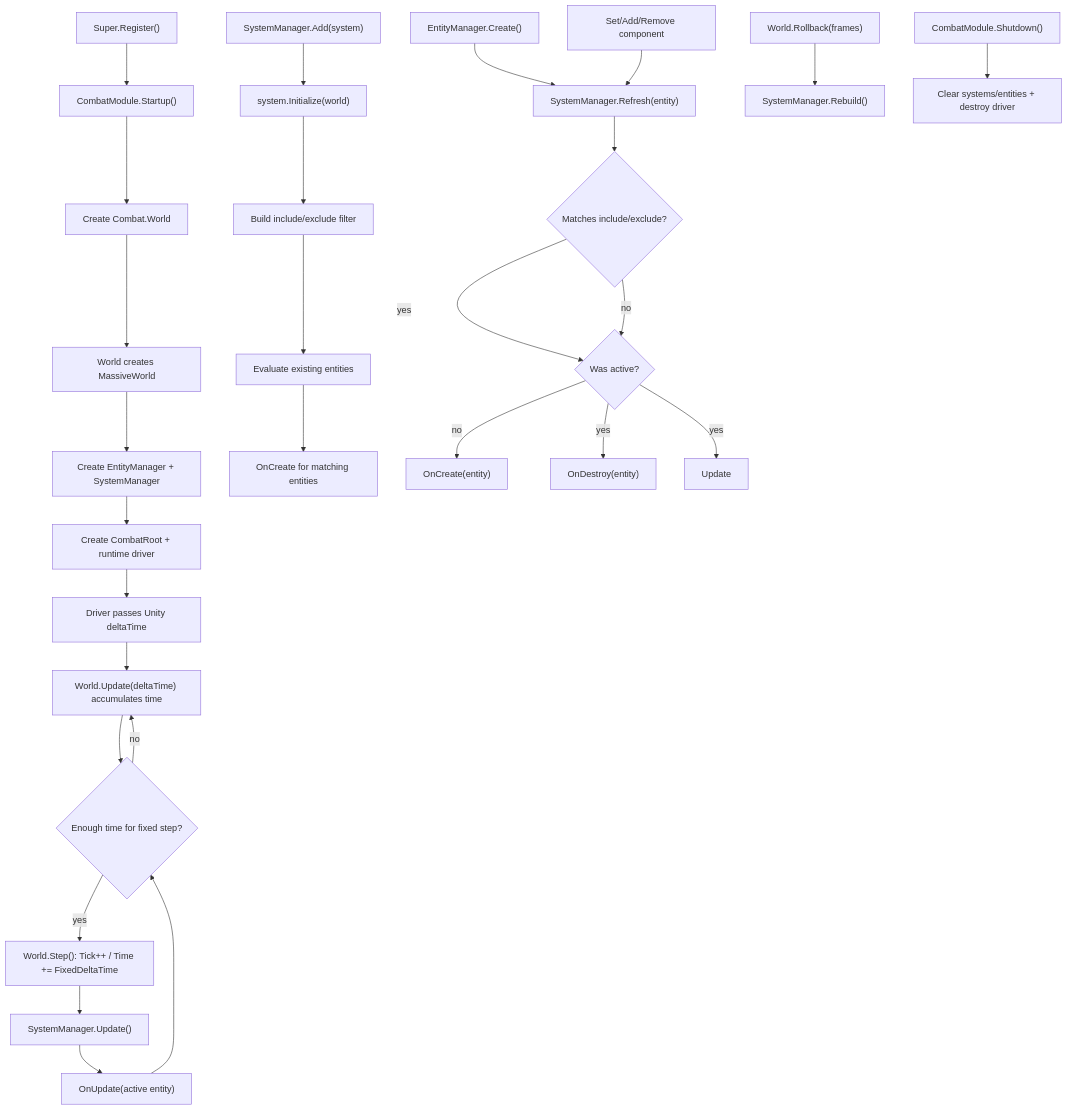
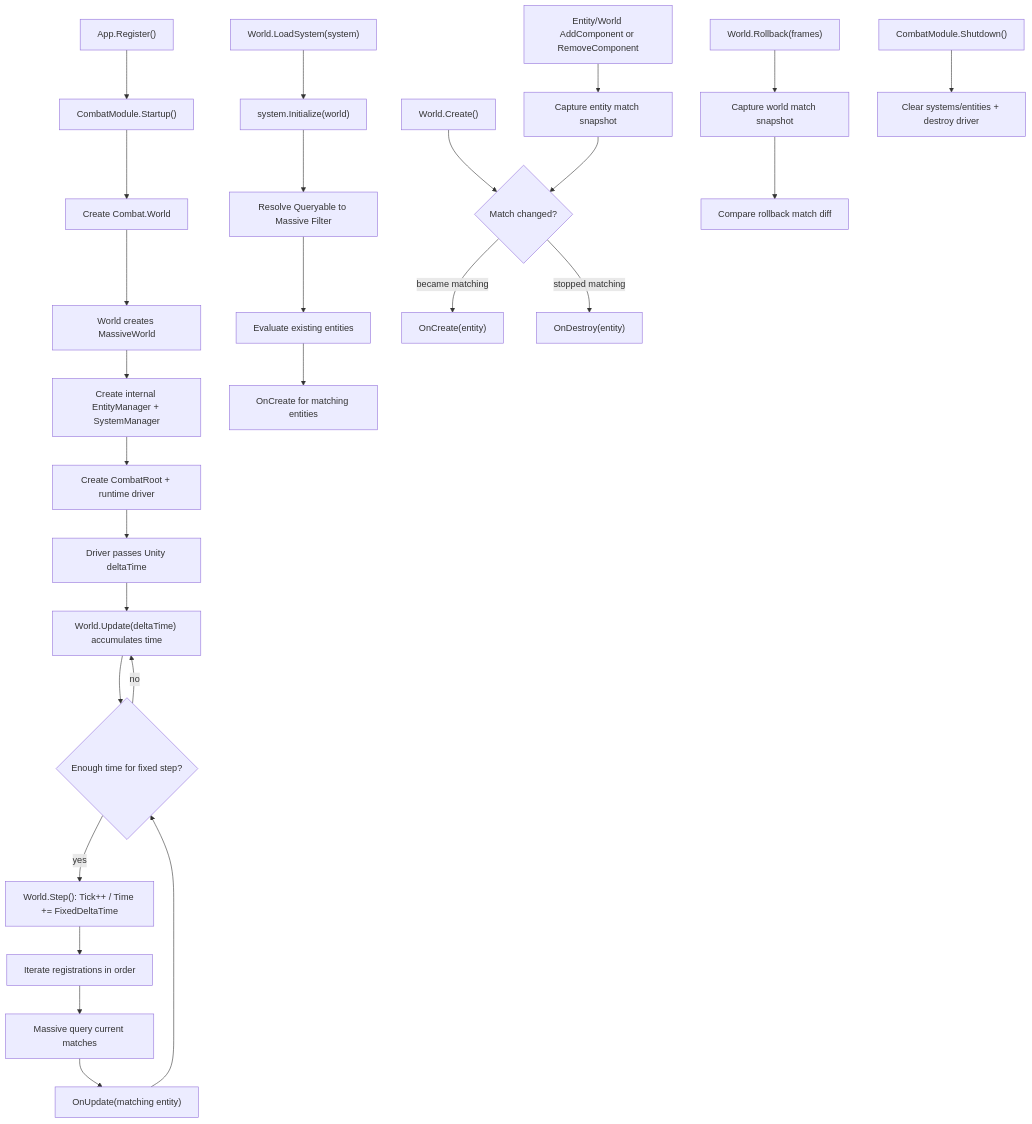
The diagram in .codestable/features/2026-06-04-combat-module/combat-module-design.md (zy-game/GameDeveloperKit), drawn with Mermaid before and after one commit. The commit also changed other lines of this file and 146 other files, not shown here.

````diff
--- a/.codestable/features/2026-06-04-combat-module/combat-module-design.md
+++ b/.codestable/features/2026-06-04-combat-module/combat-module-design.md
@@ -315,51 +334,49 @@
 ```mermaid
 flowchart TD
-    Register["Super.Register<CombatModule>()"]
+    Register["App.Register<CombatModule>()"]
     Startup["CombatModule.Startup()"]
     WorldCreate["Create Combat.World"]
     MassiveCreate["World creates MassiveWorld"]
-    Managers["Create EntityManager + SystemManager"]
+    Managers["Create internal EntityManager + SystemManager"]
     Driver["Create CombatRoot + runtime driver"]
 
-    AddSystem["SystemManager.Add(system)"]
+    AddSystem["World.LoadSystem(system)"]
     Init["system.Initialize(world)"]
-    BuildFilter["Build include/exclude filter"]
+    BuildFilter["Resolve Queryable to Massive Filter"]
     Existing["Evaluate existing entities"]
     OnCreateExisting["OnCreate for matching entities"]
 
-    CreateEntity["EntityManager.Create()"]
-    ComponentChange["Set/Add/Remove component"]
-    Refresh["SystemManager.Refresh(entity)"]
-    Match{"Matches include/exclude?"}
-    WasActive{"Was active?"}
+    CreateEntity["World.Create()"]
+    ComponentChange["Entity/World AddComponent or RemoveComponent"]
+    CaptureEntity["Capture entity match snapshot"]
+    Match{"Match changed?"}
     OnCreate["OnCreate(entity)"]
     OnDestroy["OnDestroy(entity)"]
 
     UnityDelta["Driver passes Unity deltaTime"]
     Accumulate["World.Update(deltaTime) accumulates time"]
     Step{"Enough time for fixed step?"}
     FixedStep["World.Step(): Tick++ / Time += FixedDeltaTime"]
-    SystemUpdate["SystemManager.Update()"]
-    OnUpdate["OnUpdate(active entity)"]
+    SystemUpdate["Iterate registrations in order"]
+    QueryMatches["Massive query current matches"]
+    OnUpdate["OnUpdate(matching entity)"]
 
     Rollback["World.Rollback(frames)"]
-    Rebuild["SystemManager.Rebuild()"]
+    CaptureWorld["Capture world match snapshot"]
+    Rebuild["Compare rollback match diff"]
 
     Shutdown["CombatModule.Shutdown()"]
     Clear["Clear systems/entities + destroy driver"]
 
     Register --> Startup --> WorldCreate --> MassiveCreate --> Managers --> Driver
     AddSystem --> Init --> BuildFilter --> Existing --> OnCreateExisting
-    CreateEntity --> Refresh
-    ComponentChange --> Refresh --> Match
-    Match -->|yes| WasActive
-    WasActive -->|no| OnCreate
-    WasActive -->|yes| Update
-    Match -->|no| WasActive
-    WasActive -->|yes| OnDestroy
+    CreateEntity --> Match
+    ComponentChange --> CaptureEntity --> Match
+    Match -->|became matching| OnCreate
+    Match -->|stopped matching| OnDestroy
     Driver --> UnityDelta --> Accumulate --> Step
-    Step -->|yes| FixedStep --> SystemUpdate --> OnUpdate --> Step
+    Step -->|yes| FixedStep --> SystemUpdate --> QueryMatches --> OnUpdate --> Step
     Step -->|no| Accumulate
-    Rollback --> Rebuild
+    Rollback --> CaptureWorld --> Rebuild
     Shutdown --> Clear
 ```
````
